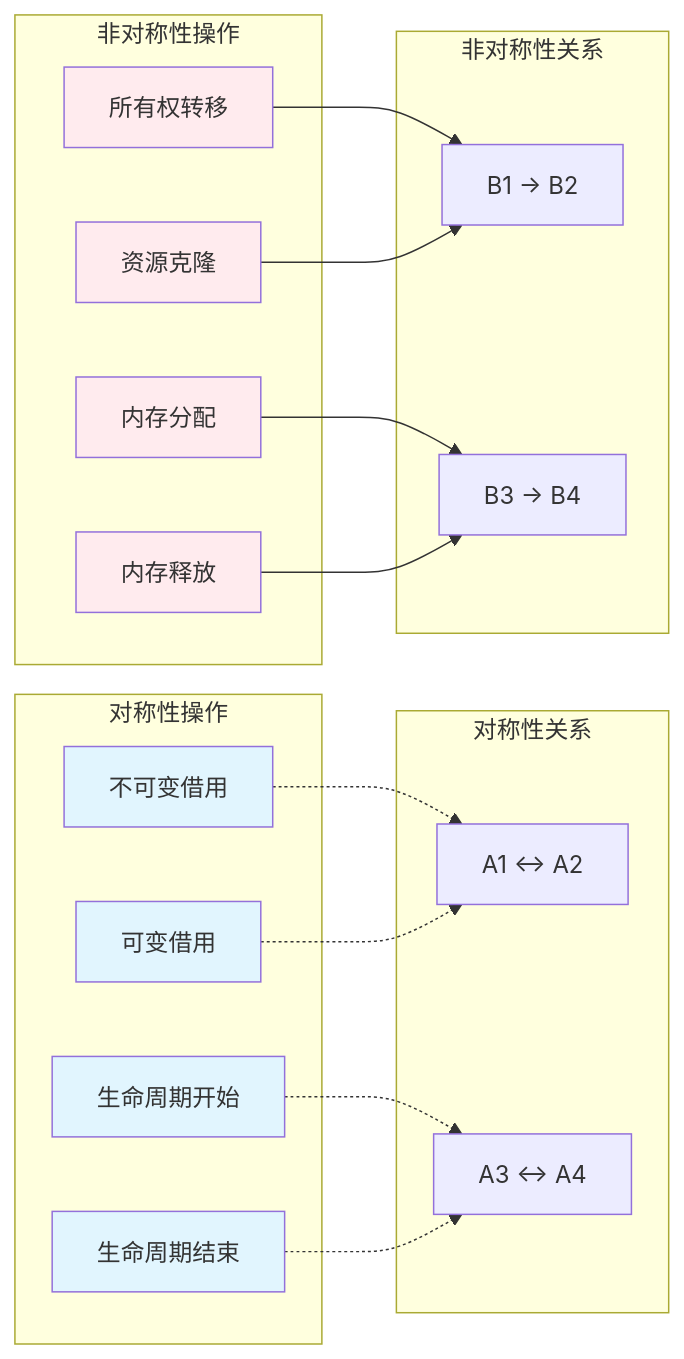
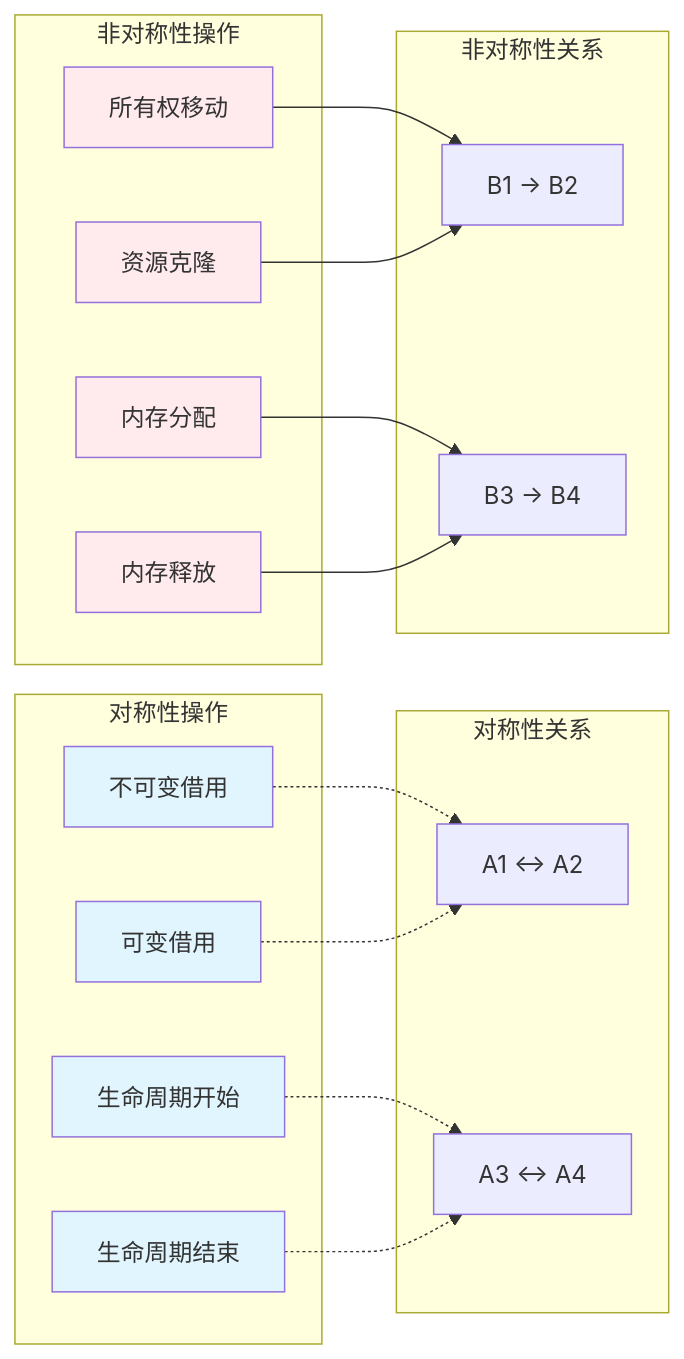
One commit to martin-ly/rust-lang changed the second of 2 diagrams in formal_rust/refactor/01_core_theory/01_variable_system/04_symmetry_principle.md. Above: the diagram before and after it, drawn with Mermaid. The commit also changed other lines of this file and 5740 other files, not shown here.

````diff
--- a/formal_rust/refactor/01_core_theory/01_variable_system/04_symmetry_principle.md
+++ b/formal_rust/refactor/01_core_theory/01_variable_system/04_symmetry_principle.md
@@ -245,45 +245,45 @@
 ```mermaid
 graph LR
     subgraph "对称性操作"
         A1[不可变借用]
         A2[可变借用]
         A3[生命周期开始]
         A4[生命周期结束]
     end
     
     subgraph "非对称性操作"
-        B1[所有权转移]
+        B1[所有权移动]
         B2[资源克隆]
         B3[内存分配]
         B4[内存释放]
     end
     
     subgraph "对称性关系"
         C1[A1 ↔ A2]
         C2[A3 ↔ A4]
     end
     
     subgraph "非对称性关系"
         D1[B1 → B2]
         D2[B3 → B4]
     end
     
     A1 -.-> C1
     A2 -.-> C1
     A3 -.-> C2
     A4 -.-> C2
     
     B1 --> D1
     B2 --> D1
     B3 --> D2
     B4 --> D2
     
     style A1 fill:#e1f5fe
     style A2 fill:#e1f5fe
     style A3 fill:#e1f5fe
     style A4 fill:#e1f5fe
     style B1 fill:#ffebee
     style B2 fill:#ffebee
     style B3 fill:#ffebee
     style B4 fill:#ffebee
 ```
````
